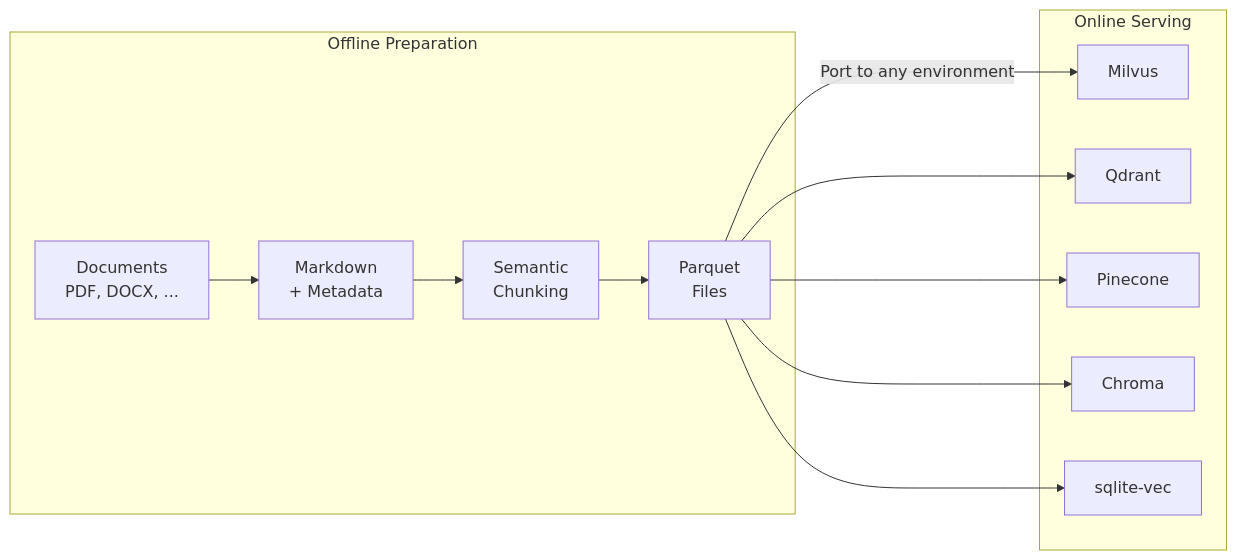
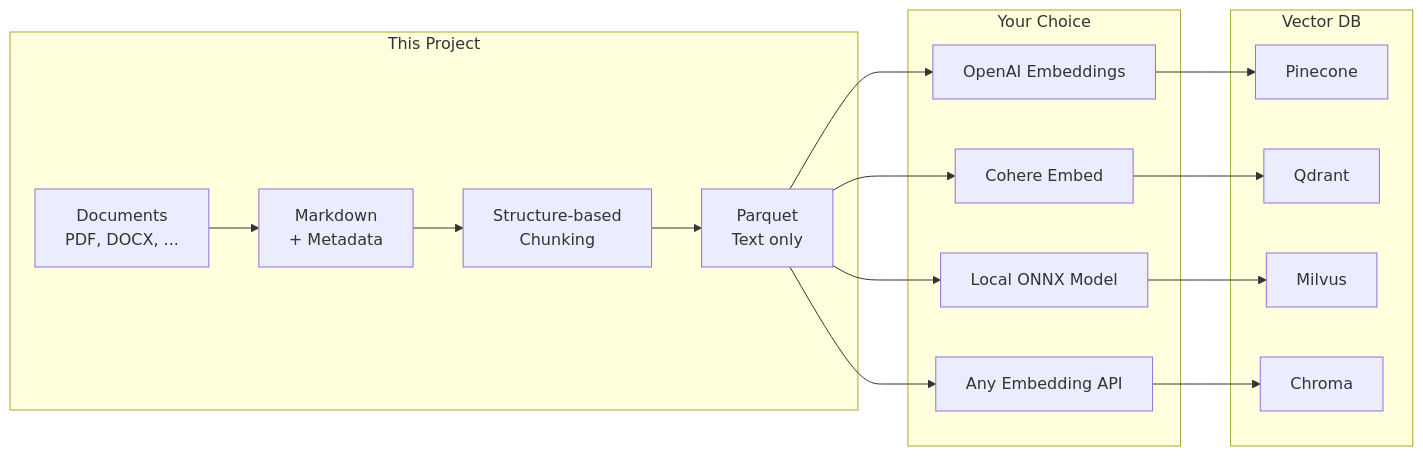
Before and after one commit to rkttu/reconsidered_rag: the diagram in README.md, drawn with Mermaid. The commit also changed other lines of this file and 11 other files, not shown here.

````diff
--- a/README.md
+++ b/README.md
@@ -18,22 +17,31 @@
 ```mermaid
 flowchart LR
-    subgraph offline["Offline Preparation"]
+    subgraph this["This Project"]
         A[Documents<br/>PDF, DOCX, ...] --> B[Markdown<br/>+ Metadata]
-        B --> C[Semantic<br/>Chunking]
-        C --> D[Parquet<br/>Files]
+        B --> C[Structure-based<br/>Chunking]
+        C --> D[Parquet<br/>Text only]
     end
     
-    subgraph online["Online Serving"]
-        E[Milvus]
-        F[Qdrant]
-        G[Pinecone]
-        H[Chroma]
-        I[sqlite-vec]
+    subgraph yours["Your Choice"]
+        E[OpenAI Embeddings]
+        F[Cohere Embed]
+        G[Local ONNX Model]
+        H[Any Embedding API]
     end
     
-    D -->|Port to any environment| E
+    subgraph vectordb["Vector DB"]
+        I[Pinecone]
+        J[Qdrant]
+        K[Milvus]
+        L[Chroma]
+    end
+    
+    D --> E
     D --> F
     D --> G
     D --> H
-    D --> I
+    E --> I
+    F --> J
+    G --> K
+    H --> L
 ```
````
